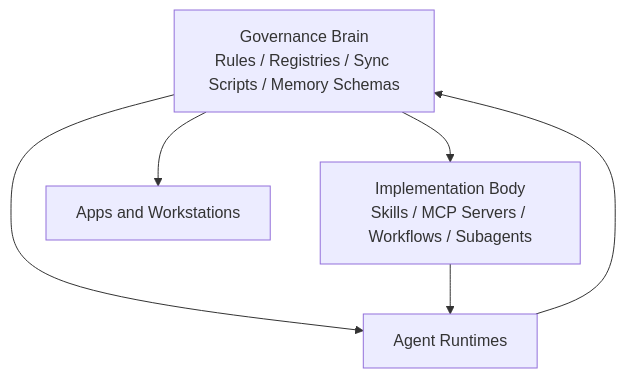
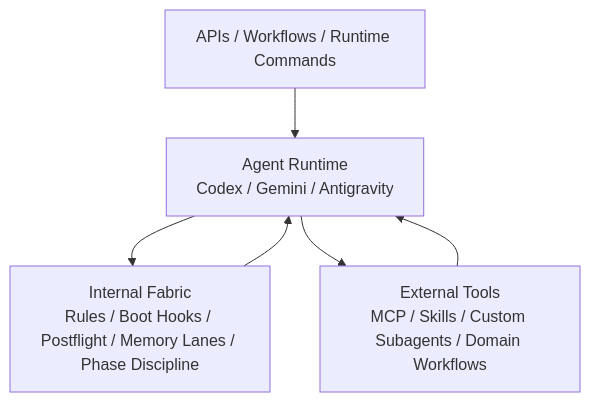
One commit to Fly-Carrot/agent-shared-fabric changed the second of 3 diagrams in README.md. Above: the diagram before and after it, drawn with Mermaid. The commit also changed other lines of this file and 16 other files, not shown here.

````diff
--- a/README.md
+++ b/README.md
@@ -136,13 +157,13 @@
 ```mermaid
 flowchart TB
-  Brain[Governance Brain\nRules / Registries / Sync Scripts / Memory Schemas]
-  Body[Implementation Body\nSkills / MCP Servers / Workflows / Subagents]
-  Runtime[Agent Runtimes]
-  App[Apps and Workstations]
+  API[APIs / Workflows / Runtime Commands]
+  Runtime[Agent Runtime\nCodex / Gemini / Antigravity]
+  Internal[Internal Fabric\nRules / Boot Hooks / Postflight / Memory Lanes / Phase Discipline]
+  External[External Tools\nMCP / Skills / Custom Subagents / Domain Workflows]
 
-  Brain --> Runtime
-  Brain --> Body
-  Body --> Runtime
-  Runtime --> Brain
-  Brain --> App
+  API --> Runtime
+  Runtime --> Internal
+  Runtime --> External
+  Internal --> Runtime
+  External --> Runtime
 ```
````
